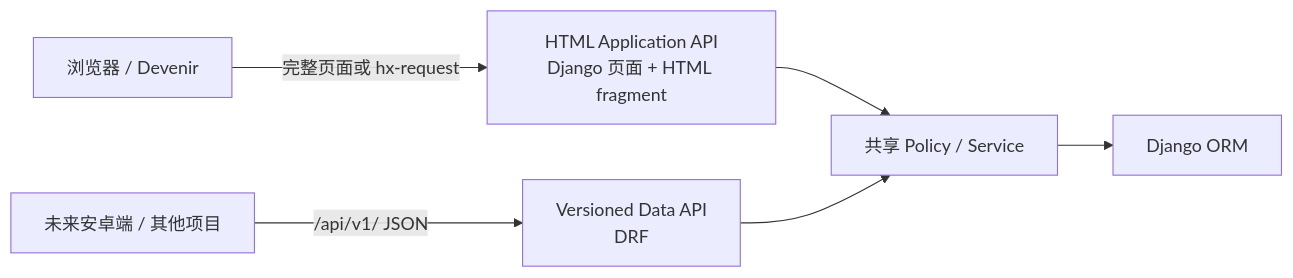
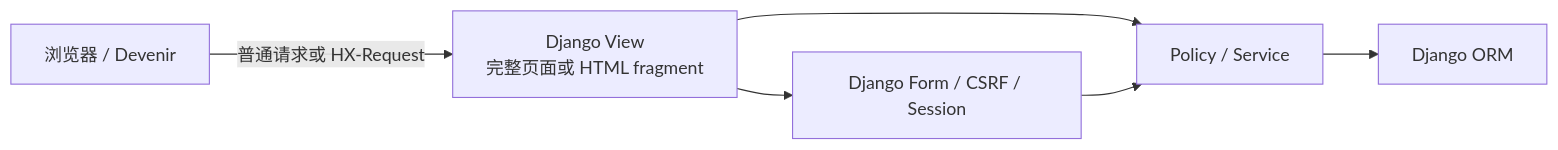
Before and after one commit to se-veN714/PowerAdapterBlogs: the second of 3 diagrams in V2GUIDE.md, drawn with Mermaid. The commit also changed other lines of this file and 18 other files, not shown here.

````diff
--- a/V2GUIDE.md
+++ b/V2GUIDE.md
@@ -144,8 +144,8 @@
 ```mermaid
 flowchart LR
-    BROWSER["浏览器 / Devenir"] -->|完整页面或 hx-request| HTML["HTML Application API<br/>Django 页面 + HTML fragment"]
-    CLIENT["未来安卓端 / 其他项目"] -->|/api/v1/ JSON| DATA["Versioned Data API<br/>DRF"]
-    HTML --> POLICY["共享 Policy / Service"]
-    DATA --> POLICY
+    BROWSER["浏览器 / Devenir"] -->|普通请求或 HX-Request| VIEW["Django View<br/>完整页面或 HTML fragment"]
+    VIEW --> FORM["Django Form / CSRF / Session"]
+    VIEW --> POLICY["Policy / Service"]
+    FORM --> POLICY
     POLICY --> ORM["Django ORM"]
 ```
````
